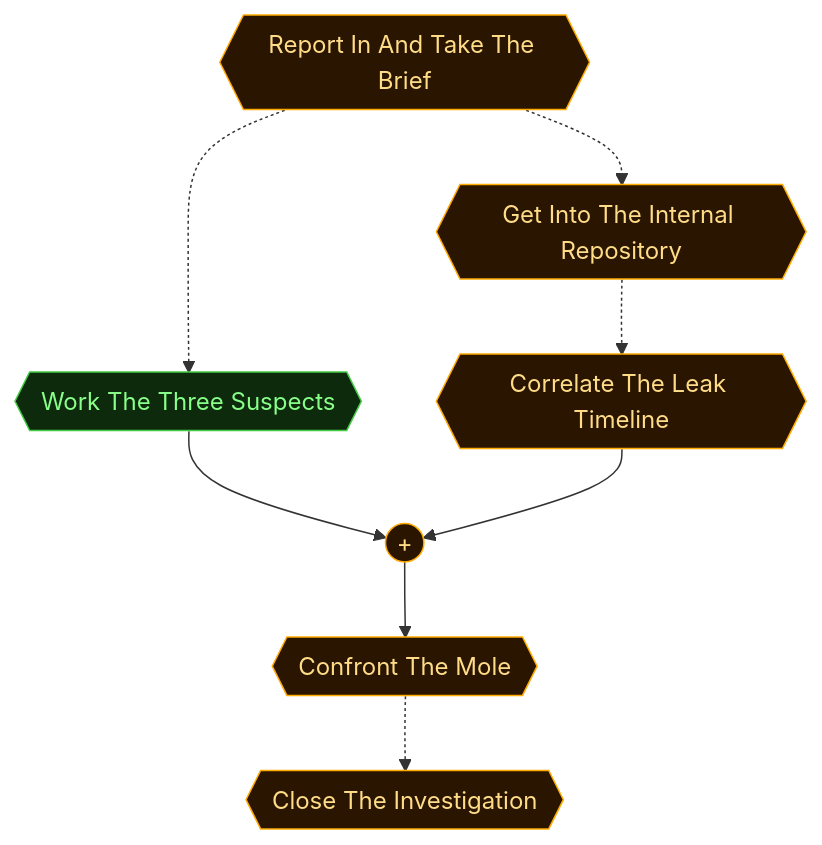
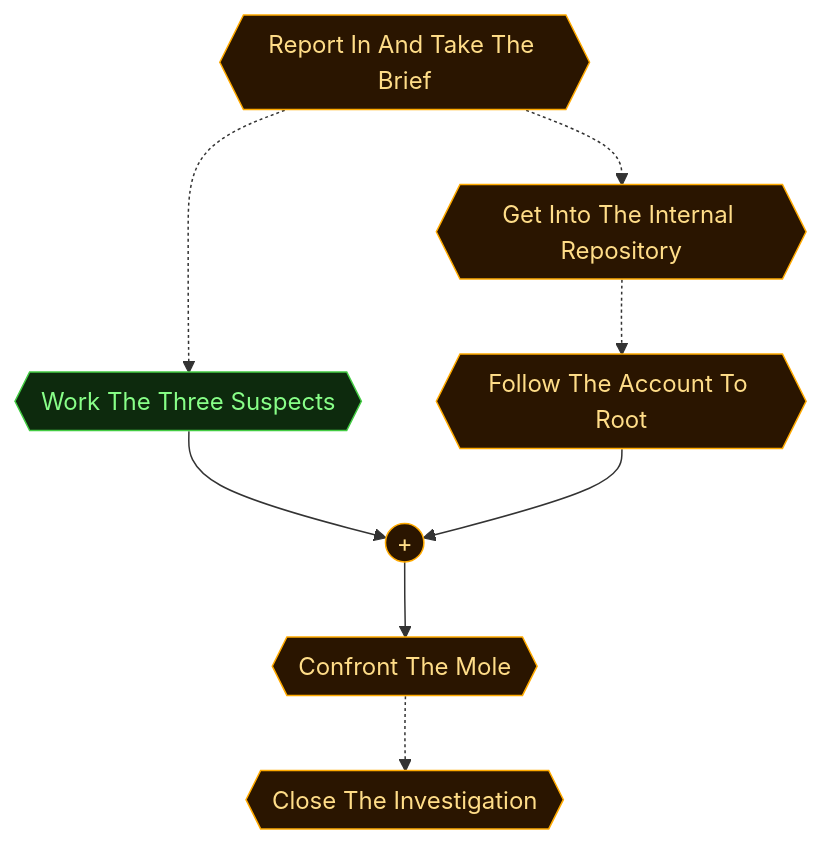
The second of 5 diagrams in scenarios/m08_the_mole/dungeon_graph.md (cliffe/BreakEscape), drawn with Mermaid before and after one commit. The commit also changed other lines of this file and 20 other files, not shown here.

````diff
--- a/scenarios/m08_the_mole/dungeon_graph.md
+++ b/scenarios/m08_the_mole/dungeon_graph.md
@@ -227,37 +227,37 @@
 ```mermaid
 flowchart TD
 
   classDef room      fill:#0f2d2d,stroke:#22ddcc,color:#a0ffee
   classDef lock      fill:#2d0f0f,stroke:#e66060,color:#ffa0a0
   classDef key       fill:#2d0812,stroke:#e66060,color:#ffa0a0
   classDef item      fill:#2d1200,stroke:#e89030,color:#ffcc80
   classDef gate      fill:#111,stroke:#666,color:#eee
   classDef vm        fill:#0c1f40,stroke:#4a90d9,color:#a0c8ff
   classDef flag      fill:#1a0c2d,stroke:#9060d0,color:#cc99ff
   classDef action    fill:#1a1200,stroke:#cc9922,color:#ffee88
   classDef aim       fill:#0d2a0d,stroke:#44cc44,color:#88ff88
   classDef aim_gate  fill:#111111,stroke:#44cc44,color:#44cc44
   classDef container fill:#1a2d1a,stroke:#60b060,color:#a0e0a0
   classDef npc       fill:#2d1f0d,stroke:#d0a050,color:#ffe0a0
   classDef critical  fill:#2a1500,stroke:#ffaa00,color:#ffdd88
   classDef start     fill:#003322,stroke:#00ffaa,color:#00ffaa
 
   aim_take_the_brief{{"Report In And Take The Brief"}}
   aim_work_the_suspects{{"Work The Three Suspects"}}
   aim_get_into_the_repo{{"Get Into The Internal Repository"}}
-  aim_correlate_the_evidence{{"Correlate The Leak Timeline"}}
+  aim_correlate_the_evidence{{"Follow The Account To Root"}}
   aim_confront_the_mole{{"Confront The Mole"}}
   aim_close_the_investigation{{"Close The Investigation"}}
   aim_andgate_confront_the_mole((" + "))
 
   aim_take_the_brief -.-> aim_work_the_suspects
   aim_take_the_brief -.-> aim_get_into_the_repo
   aim_get_into_the_repo -.-> aim_correlate_the_evidence
   aim_work_the_suspects --> aim_andgate_confront_the_mole
   aim_correlate_the_evidence --> aim_andgate_confront_the_mole
   aim_andgate_confront_the_mole --> aim_confront_the_mole
   aim_confront_the_mole -.-> aim_close_the_investigation
 
   class aim_take_the_brief,aim_get_into_the_repo,aim_correlate_the_evidence,aim_confront_the_mole,aim_close_the_investigation,aim_andgate_confront_the_mole critical
   class aim_work_the_suspects aim
 ```
````
